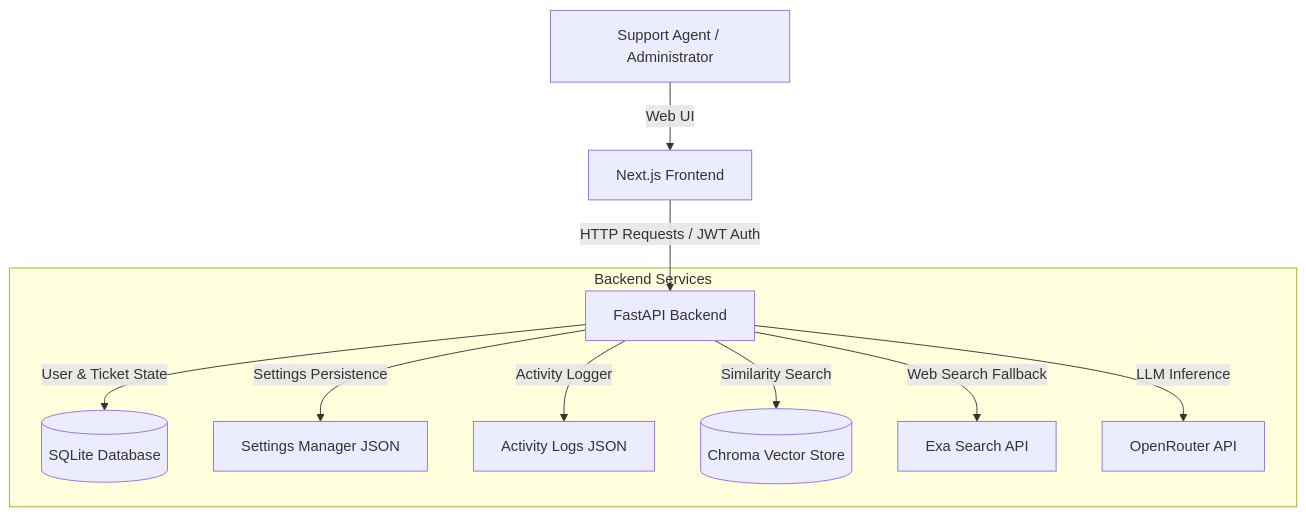
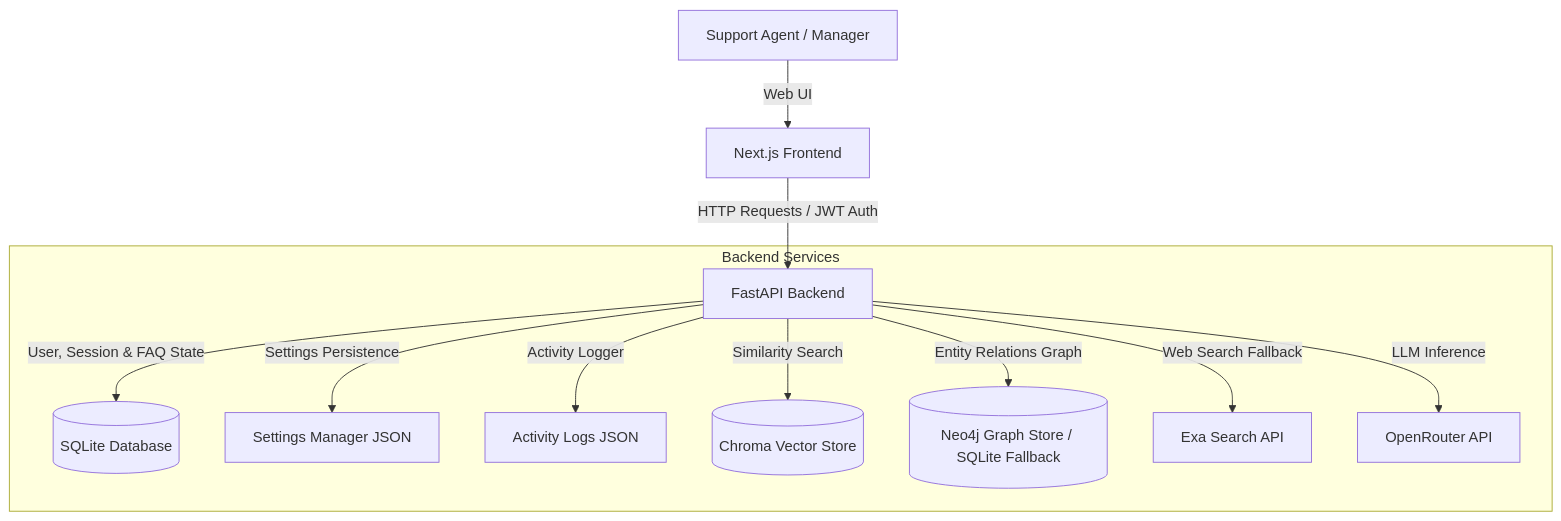
One commit to johnpradeep06/Kairo changed the diagram in README.md. Above: the diagram before and after it, drawn with Mermaid. The commit also changed other lines of this file and 6 other files, not shown here.

Commit message:
Knowledge Graph, Neo4J Graph Rag Fixes

````diff
--- a/README.md
+++ b/README.md
@@ -11,14 +11,15 @@
 ```mermaid
 graph TD
- User[Support Agent / Administrator] -->|Web UI| FE[Next.js Frontend]
- FE -->|HTTP Requests / JWT Auth| BE[FastAPI Backend]
-
- subgraph Backend Services
- BE -->|User & Ticket State| DB[(SQLite Database)]
- BE -->|Settings Persistence| SM[Settings Manager JSON]
- BE -->|Activity Logger| AL[Activity Logs JSON]
- BE -->|Similarity Search| VS[(Chroma Vector Store)]
- BE -->|Web Search Fallback| Exa[Exa Search API]
- BE -->|LLM Inference| OR[OpenRouter API]
- end
+    User[Support Agent / Manager] -->|Web UI| FE[Next.js Frontend]
+    FE -->|HTTP Requests / JWT Auth| BE[FastAPI Backend]
+    
+    subgraph Backend Services
+        BE -->|User, Session & FAQ State| DB[(SQLite Database)]
+        BE -->|Settings Persistence| SM[Settings Manager JSON]
+        BE -->|Activity Logger| AL[Activity Logs JSON]
+        BE -->|Similarity Search| VS[(Chroma Vector Store)]
+        BE -->|Entity Relations Graph| KG[(Neo4j Graph Store / SQLite Fallback)]
+        BE -->|Web Search Fallback| Exa[Exa Search API]
+        BE -->|LLM Inference| OR[OpenRouter API]
+    end
 ```
````
